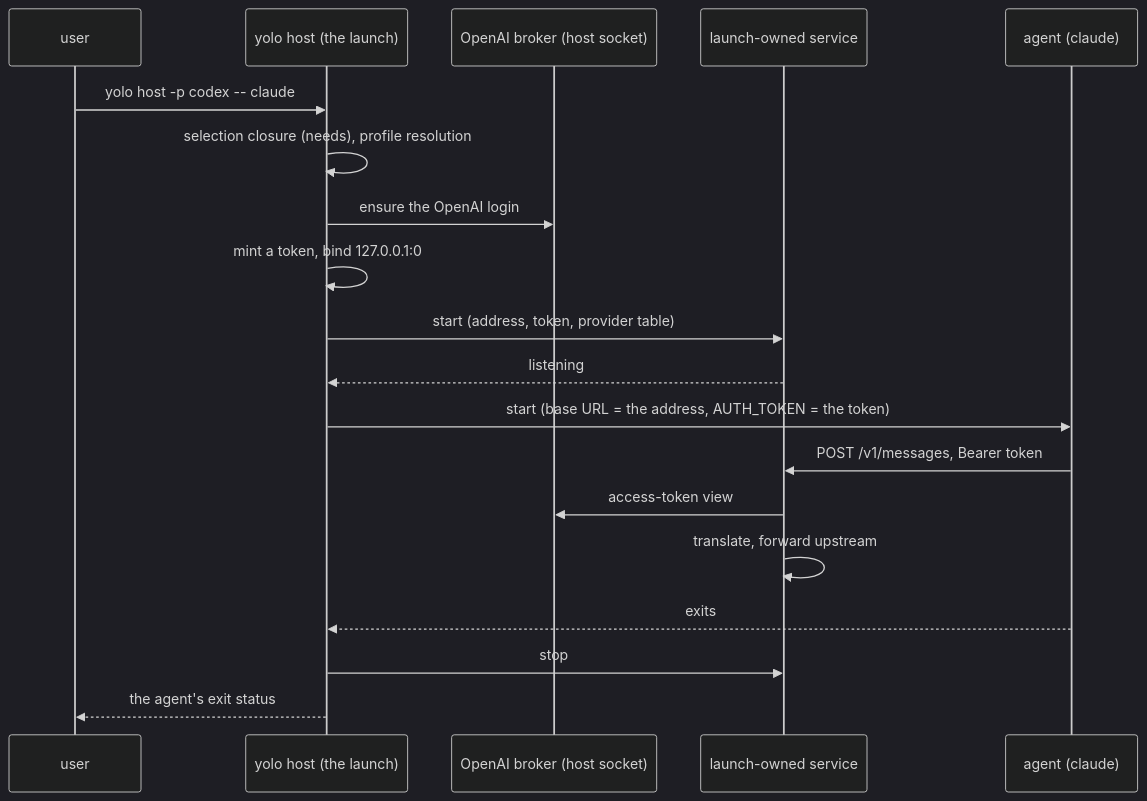
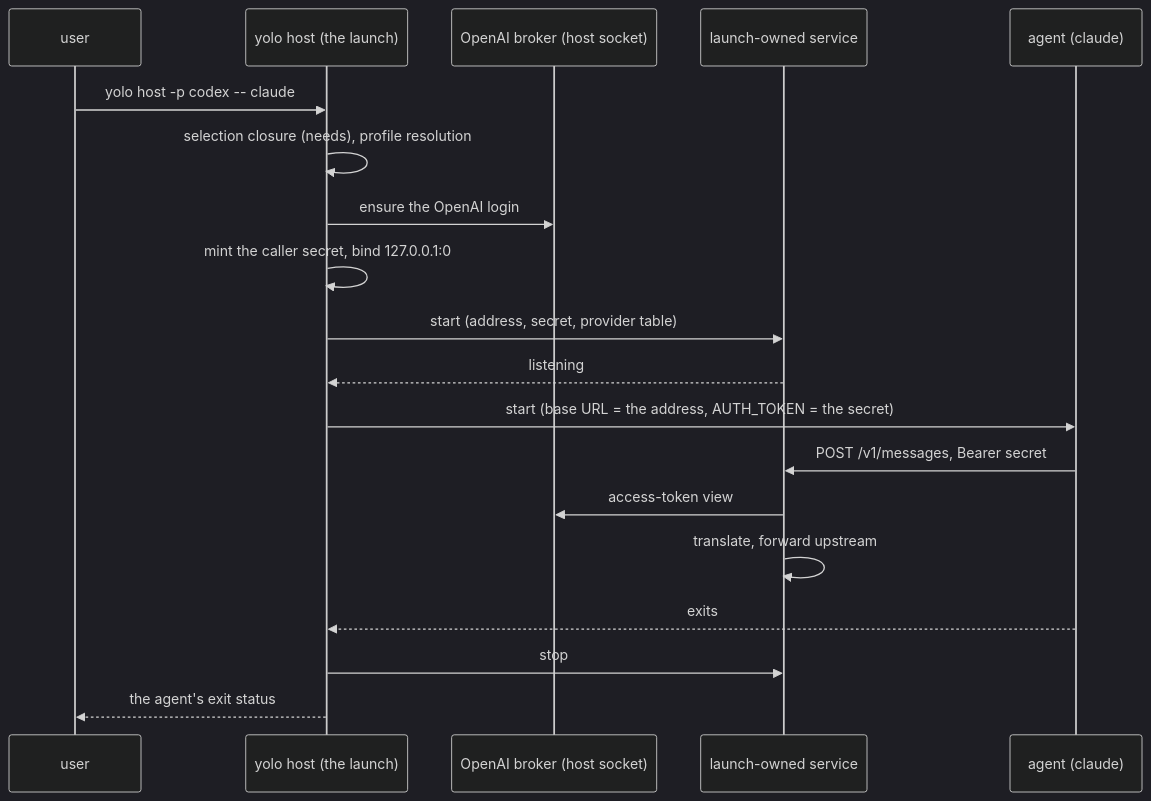
The diagram in docs/design/host-notch-services.md (mschulkind-oss/yolo-jail), drawn with Mermaid (dark theme) before and after one commit. The commit also changed other lines of this file and 2 other files, not shown here.

````diff
--- a/docs/design/host-notch-services.md
+++ b/docs/design/host-notch-services.md
@@ -230,21 +257,21 @@
 ```mermaid
 sequenceDiagram
     participant U as user
     participant L as yolo host (the launch)
     participant B as OpenAI broker (host socket)
     participant S as launch-owned service
     participant A as agent (claude)
     U->>L: yolo host -p codex -- claude
     L->>L: selection closure (needs), profile resolution
     L->>B: ensure the OpenAI login
-    L->>L: mint a token, bind 127.0.0.1:0
-    L->>S: start (address, token, provider table)
+    L->>L: mint the caller secret, bind 127.0.0.1:0
+    L->>S: start (address, secret, provider table)
     S-->>L: listening
-    L->>A: start (base URL = the address, AUTH_TOKEN = the token)
-    A->>S: POST /v1/messages, Bearer token
+    L->>A: start (base URL = the address, AUTH_TOKEN = the secret)
+    A->>S: POST /v1/messages, Bearer secret
     S->>B: access-token view
     S->>S: translate, forward upstream
     A-->>L: exits
     L->>S: stop
     L-->>U: the agent's exit status
 ```
````
